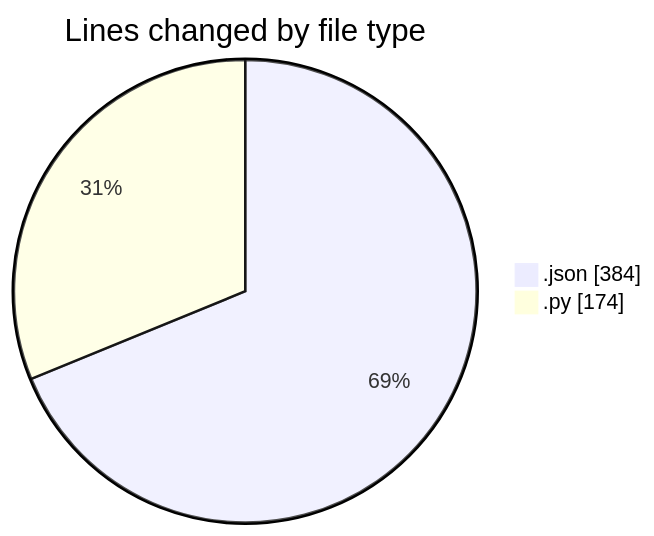
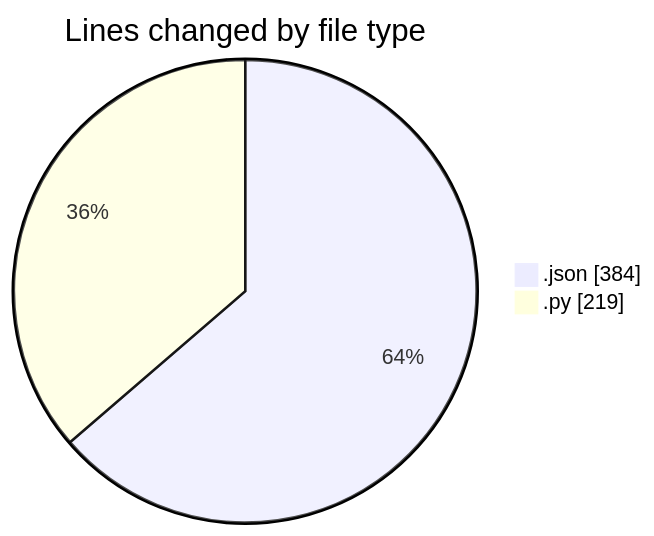
The first of 2 diagrams in 2026-01-02/dsa/README.md (Ritupan-Deka/code-tracking), drawn with Mermaid before and after one commit. The commit also changed other lines of this file and 1 other file, not shown here.

````diff
--- a/2026-01-02/dsa/README.md
+++ b/2026-01-02/dsa/README.md
@@ -22,6 +22,6 @@
 ```mermaid
 pie showData
 title Lines changed by file type
 ".json" : 384
-".py" : 174
+".py" : 219
 ```
````
